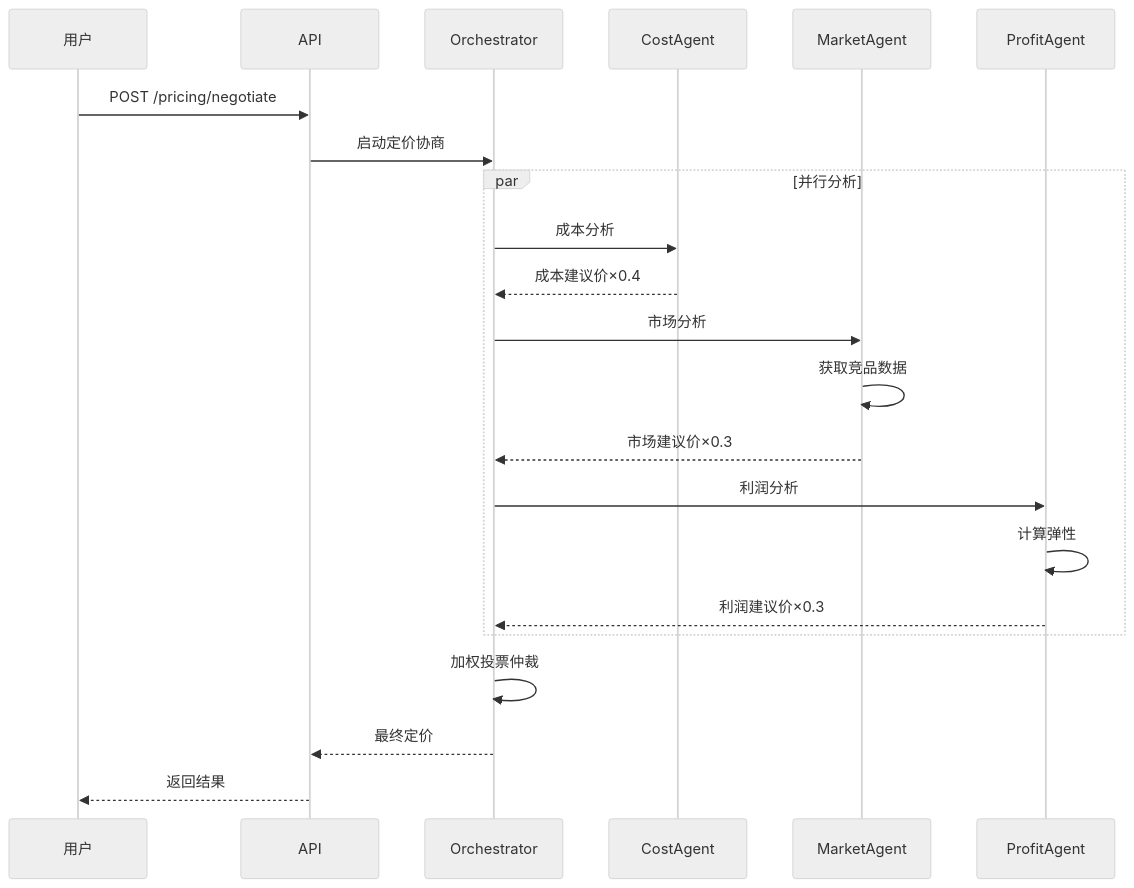
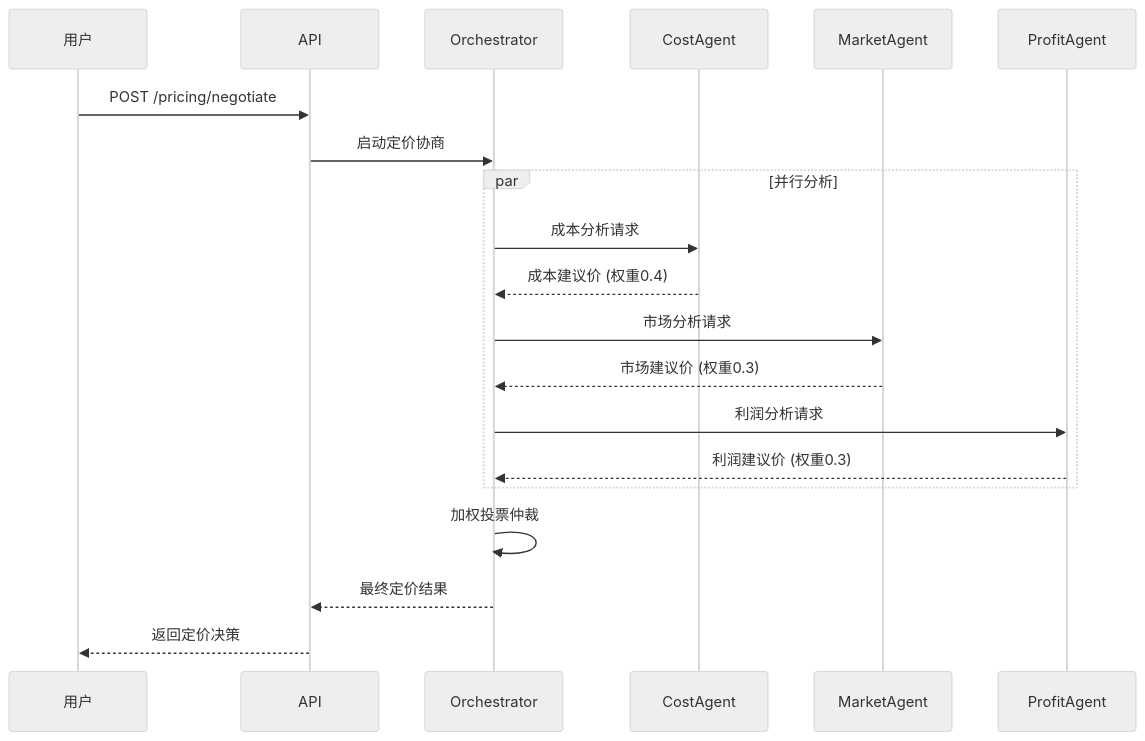
Before and after one commit to Aiting-for-you/OpsPilot: the second of 2 diagrams in OpsPilot/docs/architecture/module-pricing.md, drawn with Mermaid (neutral theme). The commit also changed other lines of this file and 6 other files, not shown here.

Commit message:
style: 重构架构图设计，采用C4模型原则

````diff
--- a/OpsPilot/docs/architecture/module-pricing.md
+++ b/OpsPilot/docs/architecture/module-pricing.md
@@ -41,29 +44,27 @@
 ```mermaid
 sequenceDiagram
-    participant User as 用户
+    participant U as 用户
     participant API as API
-    participant Orch as Orchestrator
-    participant Cost as CostAgent
-    participant Market as MarketAgent
-    participant Profit as ProfitAgent
+    participant ORCH as Orchestrator
+    participant COST as CostAgent
+    participant MARKET as MarketAgent
+    participant PROFIT as ProfitAgent
 
-    User->>API: POST /pricing/negotiate
-    API->>Orch: 启动定价协商
-    
+    U->>API: POST /pricing/negotiate
+    API->>ORCH: 启动定价协商
+
     par 并行分析
-        Orch->>Cost: 成本分析
-        Cost-->>Orch: 成本建议价×0.4
-        
-        Orch->>Market: 市场分析
-        Market->>Market: 获取竞品数据
-        Market-->>Orch: 市场建议价×0.3
-        
-        Orch->>Profit: 利润分析
-        Profit->>Profit: 计算弹性
-        Profit-->>Orch: 利润建议价×0.3
+        ORCH->>COST: 成本分析请求
+        COST-->>ORCH: 成本建议价 (权重0.4)
+
+        ORCH->>MARKET: 市场分析请求
+        MARKET-->>ORCH: 市场建议价 (权重0.3)
+
+        ORCH->>PROFIT: 利润分析请求
+        PROFIT-->>ORCH: 利润建议价 (权重0.3)
     end
-    
-    Orch->>Orch: 加权投票仲裁
-    Orch-->>API: 最终定价
-    API-->>User: 返回结果
+
+    ORCH->>ORCH: 加权投票仲裁
+    ORCH-->>API: 最终定价结果
+    API-->>U: 返回定价决策
 ```
````
